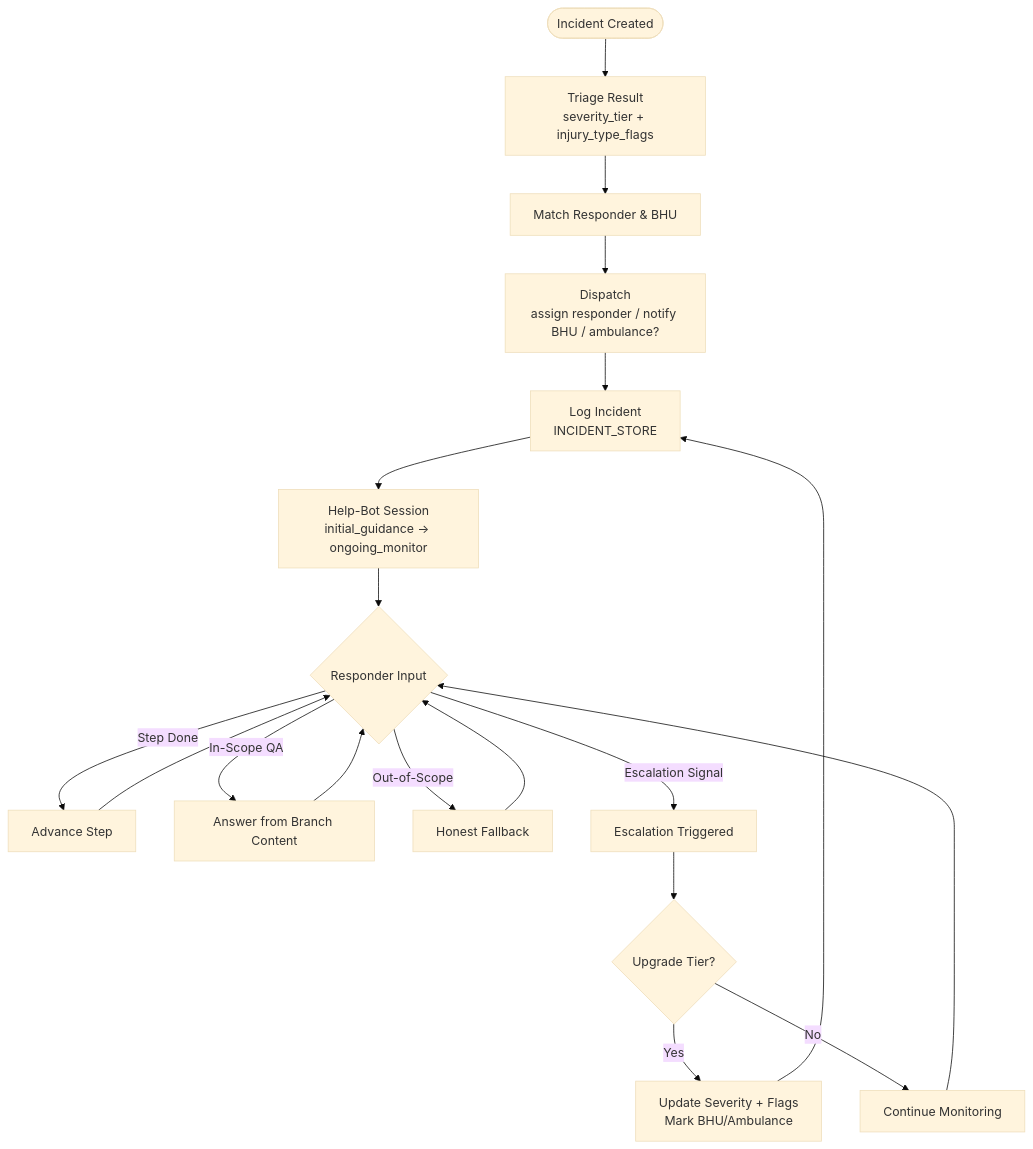
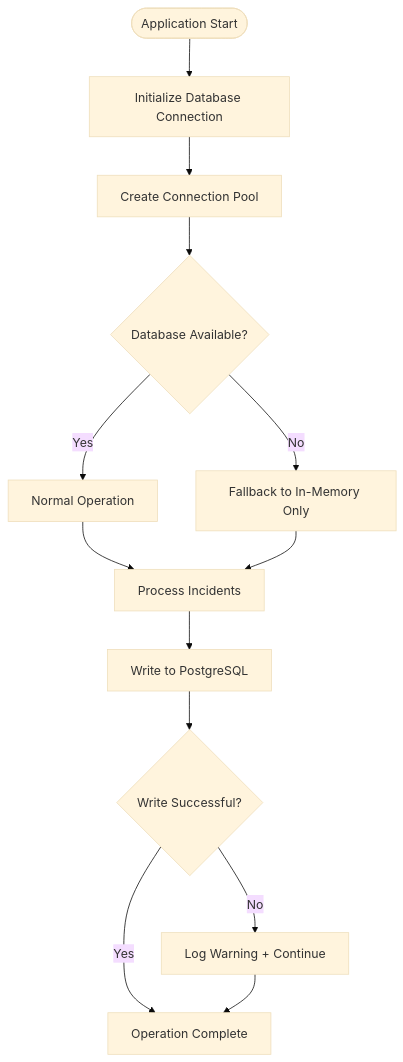
The third of 7 diagrams in .qoder/repowiki/en/content/Incident & Outcome Tracking.md (M-Rumman/LifeLine-Ride), drawn with Mermaid (base theme) before and after one commit. The commit also changed other lines of this file and 4121 other files, not shown here.

````diff
--- a/.qoder/repowiki/en/content/Incident & Outcome Tracking.md
+++ b/.qoder/repowiki/en/content/Incident & Outcome Tracking.md
@@ -107,21 +139,15 @@
 ```mermaid
 flowchart TD
-Start(["Incident Created"]) --> Triage["Triage Result<br/>severity_tier + injury_type_flags"]
-Triage --> Match["Match Responder & BHU"]
-Match --> Dispatch["Dispatch<br/>assign responder / notify BHU / ambulance?"]
-Dispatch --> Log["Log Incident<br/>INCIDENT_STORE"]
-Log --> Bot["Help-Bot Session<br/>initial_guidance -> ongoing_monitor"]
-Bot --> Q{"Responder Input"}
-Q --> |Step Done| NextStep["Advance Step"]
-Q --> |In-Scope QA| Answer["Answer from Branch Content"]
-Q --> |Out-of-Scope| Fallback["Honest Fallback"]
-Q --> |Escalation Signal| Escalate["Escalation Triggered"]
-Escalate --> Upgrade{"Upgrade Tier?"}
-Upgrade --> |Yes| Update["Update Severity + Flags<br/>Mark BHU/Ambulance"]
-Upgrade --> |No| Continue["Continue Monitoring"]
-Update --> Log
-Continue --> Q
-NextStep --> Q
-Answer --> Q
-Fallback --> Q
+Start(["Application Start"]) --> Init["Initialize Database Connection"]
+Init --> Pool["Create Connection Pool"]
+Pool --> Ready{"Database Available?"}
+Ready --> |Yes| Normal["Normal Operation"]
+Ready --> |No| Fallback["Fallback to In-Memory Only"]
+Normal --> Ops["Process Incidents"]
+Ops --> Persist["Write to PostgreSQL"]
+Persist --> Success{"Write Successful?"}
+Success --> |Yes| Complete["Operation Complete"]
+Success --> |No| LogWarn["Log Warning + Continue"]
+LogWarn --> Complete
+Fallback --> Ops
 ```
````
